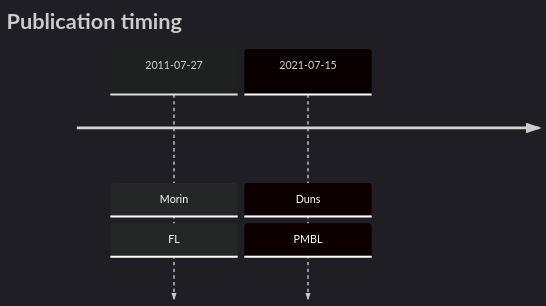
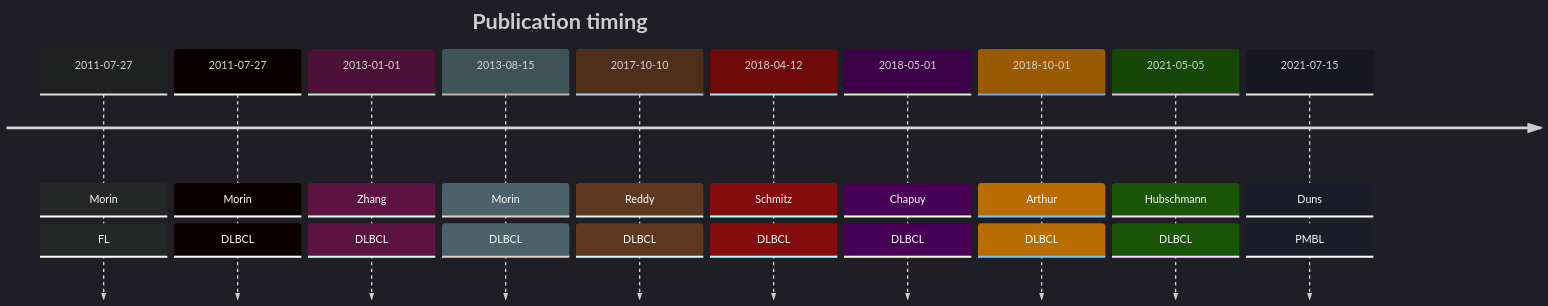
Before and after one commit to morinlab/lymphopedia: the diagram in SGK1.md, drawn with Mermaid. The commit also changed other lines of this file and 2 other files, not shown here.

Commit message:
update tables

````diff
--- a/SGK1.md
+++ b/SGK1.md
@@ -9,7 +9,15 @@
 ```mermaid
 %%{init: { 'logLevel': 'debug', 'theme': 'dark' } }%%
 timeline
     title Publication timing
       2011-07-27 : Morin : FL
+      2011-07-27 : Morin : DLBCL
+2013-01-01 : Zhang : DLBCL
+2013-08-15 : Morin : DLBCL
+2017-10-10 : Reddy : DLBCL
+2018-04-12 : Schmitz : DLBCL
+2018-05-01 : Chapuy : DLBCL
+2018-10-01 : Arthur : DLBCL
+2021-05-05 : Hubschmann : DLBCL
       2021-07-15 : Duns : PMBL
 ```
````
